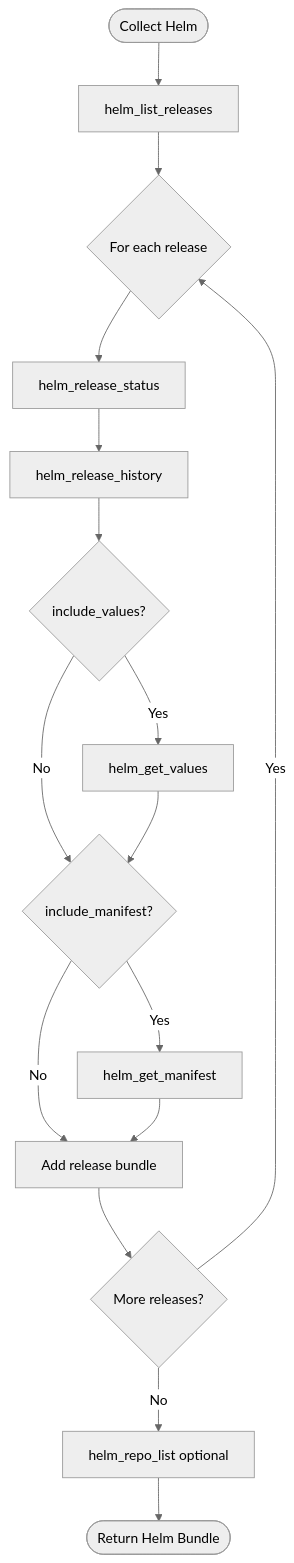
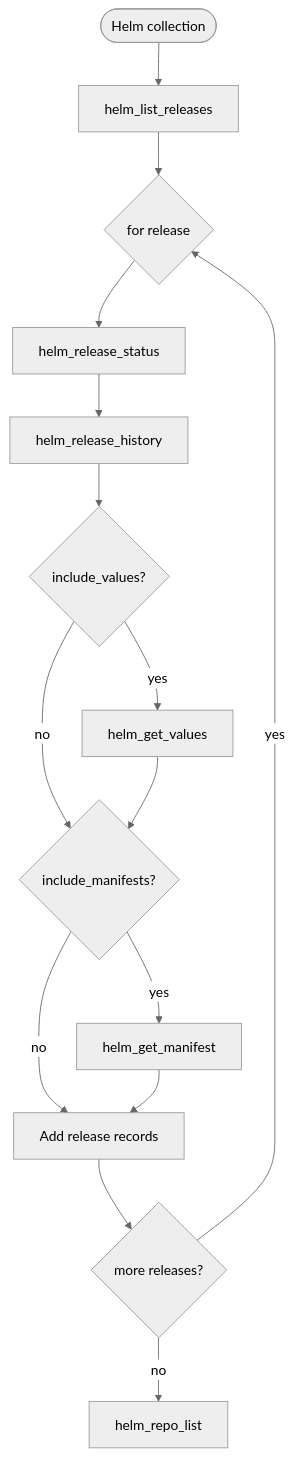
The fourth of 10 diagrams in docs/04_ALGORITHM_ANALYTICAL_MOP_AGENT.md (aveeshek/bosgenesis-k8s-data-ingestion-agent), drawn with Mermaid (neutral theme) before and after one commit. The commit also changed other lines of this file and 4 other files, not shown here.

````diff
--- a/docs/04_ALGORITHM_ANALYTICAL_MOP_AGENT.md
+++ b/docs/04_ALGORITHM_ANALYTICAL_MOP_AGENT.md
@@ -150,18 +89,17 @@
 ```mermaid
 flowchart TD
-    Start([Collect Helm]) --> List[helm_list_releases]
-    List --> Loop{For each release}
-    Loop --> Status[helm_release_status]
-    Status --> History[helm_release_history]
-    History --> Values{include_values?}
-    Values -->|Yes| GetValues[helm_get_values]
-    Values -->|No| Manifest{include_manifest?}
+    Start([Helm collection]) --> Releases["helm_list_releases"]
+    Releases --> Loop{"for release"}
+    Loop --> Status["helm_release_status"]
+    Status --> History["helm_release_history"]
+    History --> Values{"include_values?"}
+    Values -->|"yes"| GetValues["helm_get_values"]
+    Values -->|"no"| Manifest{"include_manifests?"}
     GetValues --> Manifest
-    Manifest -->|Yes| GetManifest[helm_get_manifest]
-    Manifest -->|No| Add[Add release bundle]
+    Manifest -->|"yes"| GetManifest["helm_get_manifest"]
+    Manifest -->|"no"| Add["Add release records"]
     GetManifest --> Add
-    Add --> More{More releases?}
-    More -->|Yes| Loop
-    More -->|No| Repo[helm_repo_list optional]
-    Repo --> End([Return Helm Bundle])
+    Add --> More{"more releases?"}
+    More -->|"yes"| Loop
+    More -->|"no"| Repo["helm_repo_list"]
 ```
````
